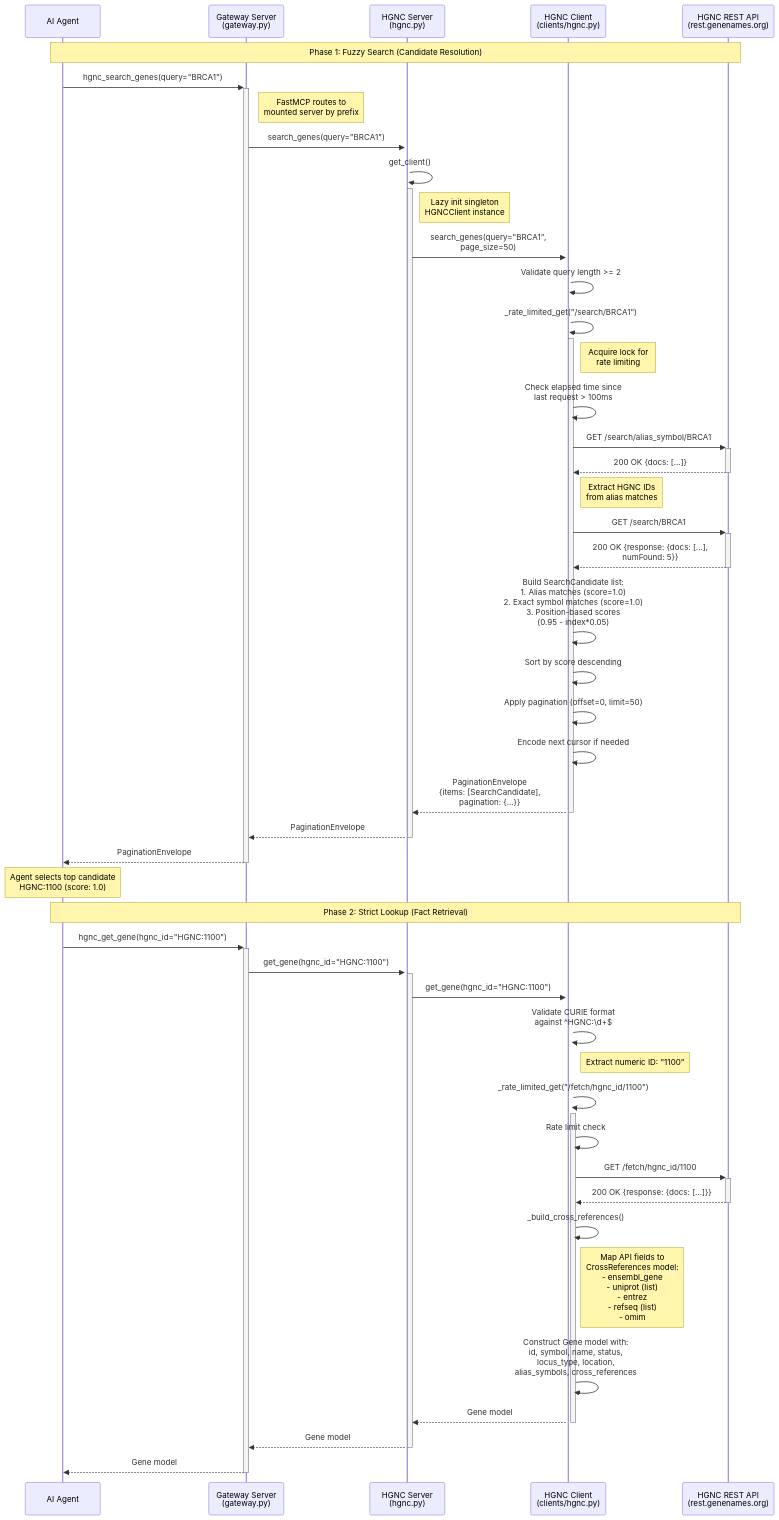
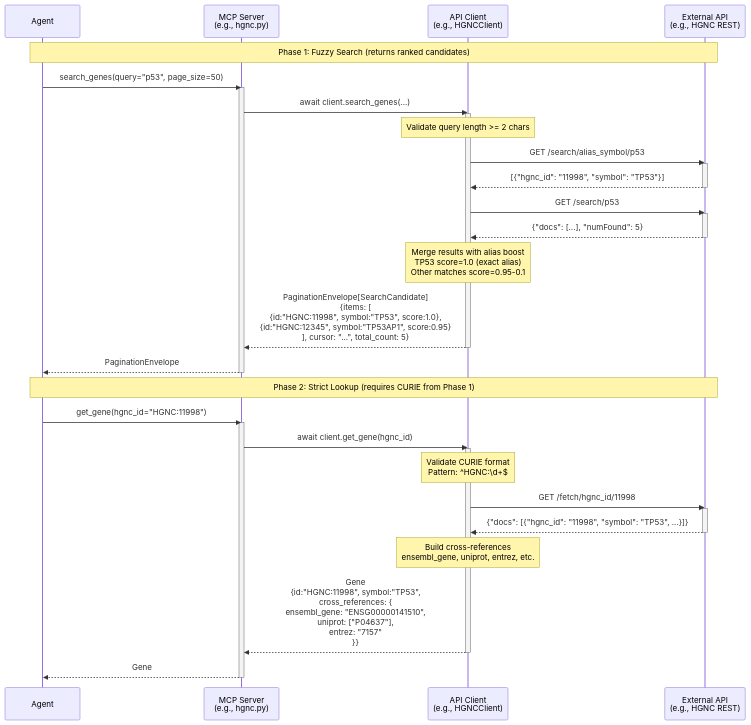
The first of 8 diagrams in architecture/docs/03_data_flows.md (donbr/lifesciences-research), drawn with Mermaid before and after one commit. The commit also changed other lines of this file and 8 other files, not shown here.

````diff
--- a/architecture/docs/03_data_flows.md
+++ b/architecture/docs/03_data_flows.md
@@ -25,76 +24,54 @@
 ```mermaid
 sequenceDiagram
-    participant Agent as AI Agent
-    participant Gateway as Gateway Server<br/>(gateway.py)
-    participant Server as HGNC Server<br/>(hgnc.py)
-    participant Client as HGNC Client<br/>(clients/hgnc.py)
-    participant API as HGNC REST API<br/>(rest.genenames.org)
+    participant Agent
+    participant MCPServer as MCP Server<br/>(e.g., hgnc.py)
+    participant Client as API Client<br/>(e.g., HGNCClient)
+    participant API as External API<br/>(e.g., HGNC REST)
 
-    %% Phase 1: Fuzzy Search
-    Note over Agent,API: Phase 1: Fuzzy Search (Candidate Resolution)
+    Note over Agent,API: Phase 1: Fuzzy Search (returns ranked candidates)
 
-    Agent->>+Gateway: hgnc_search_genes(query="BRCA1")
-    Note right of Gateway: FastMCP routes to<br/>mounted server by prefix
-    Gateway->>+Server: search_genes(query="BRCA1")
-    Server->>+Server: get_client()
-    Note right of Server: Lazy init singleton<br/>HGNCClient instance
-    Server->>+Client: search_genes(query="BRCA1",<br/>page_size=50)
+    Agent->>MCPServer: search_genes(query="p53", page_size=50)
+    activate MCPServer
+    MCPServer->>Client: await client.search_genes(...)
+    activate Client
 
-    %% Client validates query
-    Client->>Client: Validate query length >= 2
+    Note over Client: Validate query length >= 2 chars
 
-    %% Rate limiting
-    Client->>+Client: _rate_limited_get("/search/BRCA1")
-    Note right of Client: Acquire lock for<br/>rate limiting
-    Client->>Client: Check elapsed time since<br/>last request > 100ms
+    Client->>API: GET /search/alias_symbol/p53
+    activate API
+    API-->>Client: [{"hgnc_id": "11998", "symbol": "TP53"}]
+    deactivate API
 
-    %% First API call: alias search
-    Client->>+API: GET /search/alias_symbol/BRCA1
-    API-->>-Client: 200 OK {docs: [...]}
-    Note right of Client: Extract HGNC IDs<br/>from alias matches
+    Client->>API: GET /search/p53
+    activate API
+    API-->>Client: {"docs": [...], "numFound": 5}
+    deactivate API
 
-    %% Second API call: general search
-    Client->>+API: GET /search/BRCA1
-    API-->>-Client: 200 OK {response: {docs: [...],<br/>numFound: 5}}
+    Note over Client: Merge results with alias boost<br/>TP53 score=1.0 (exact alias)<br/>Other matches score=0.95-0.1
 
-    %% Score calculation
-    Client->>Client: Build SearchCandidate list:<br/>1. Alias matches (score=1.0)<br/>2. Exact symbol matches (score=1.0)<br/>3. Position-based scores<br/>(0.95 - index*0.05)
-    Client->>Client: Sort by score descending
-    Client->>Client: Apply pagination (offset=0, limit=50)
-    Client->>Client: Encode next cursor if needed
+    Client-->>MCPServer: PaginationEnvelope[SearchCandidate]<br/>{items: [<br/>  {id:"HGNC:11998", symbol:"TP53", score:1.0},<br/>  {id:"HGNC:12345", symbol:"TP53AP1", score:0.95}<br/>], cursor: "...", total_count: 5}
+    deactivate Client
+    MCPServer-->>Agent: PaginationEnvelope
+    deactivate MCPServer
 
-    %% Return envelope
-    Client-->>-Server: PaginationEnvelope<br/>{items: [SearchCandidate],<br/>pagination: {...}}
-    Server-->>-Gateway: PaginationEnvelope
-    Gateway-->>-Agent: PaginationEnvelope
+    Note over Agent,API: Phase 2: Strict Lookup (requires CURIE from Phase 1)
 
-    Note over Agent: Agent selects top candidate<br/>HGNC:1100 (score: 1.0)
+    Agent->>MCPServer: get_gene(hgnc_id="HGNC:11998")
+    activate MCPServer
+    MCPServer->>Client: await client.get_gene(hgnc_id)
+    activate Client
 
-    %% Phase 2: Strict Lookup
-    Note over Agent,API: Phase 2: Strict Lookup (Fact Retrieval)
+    Note over Client: Validate CURIE format<br/>Pattern: ^HGNC:\d+$
 
-    Agent->>+Gateway: hgnc_get_gene(hgnc_id="HGNC:1100")
-    Gateway->>+Server: get_gene(hgnc_id="HGNC:1100")
-    Server->>+Client: get_gene(hgnc_id="HGNC:1100")
+    Client->>API: GET /fetch/hgnc_id/11998
+    activate API
+    API-->>Client: {"docs": [{"hgnc_id": "11998", "symbol": "TP53", ...}]}
+    deactivate API
 
-    %% CURIE validation
-    Client->>Client: Validate CURIE format<br/>against ^HGNC:\d+$
-    Note right of Client: Extract numeric ID: "1100"
+    Note over Client: Build cross-references<br/>ensembl_gene, uniprot, entrez, etc.
 
-    %% API call
-    Client->>+Client: _rate_limited_get("/fetch/hgnc_id/1100")
-    Client->>Client: Rate limit check
-    Client->>+API: GET /fetch/hgnc_id/1100
-    API-->>-Client: 200 OK {response: {docs: [...]}}
-
-    %% Build cross-references
-    Client->>Client: _build_cross_references()
-    Note right of Client: Map API fields to<br/>CrossReferences model:<br/>- ensembl_gene<br/>- uniprot (list)<br/>- entrez<br/>- refseq (list)<br/>- omim
-
-    %% Construct Gene model
-    Client->>Client: Construct Gene model with:<br/>id, symbol, name, status,<br/>locus_type, location,<br/>alias_symbols, cross_references
-
-    Client-->>-Server: Gene model
-    Server-->>-Gateway: Gene model
-    Gateway-->>-Agent: Gene model
+    Client-->>MCPServer: Gene<br/>{id:"HGNC:11998", symbol:"TP53",<br/> cross_references: {<br/>   ensembl_gene: "ENSG00000141510",<br/>   uniprot: ["P04637"],<br/>   entrez: "7157"<br/> }}
+    deactivate Client
+    MCPServer-->>Agent: Gene
+    deactivate MCPServer
 ```
````
